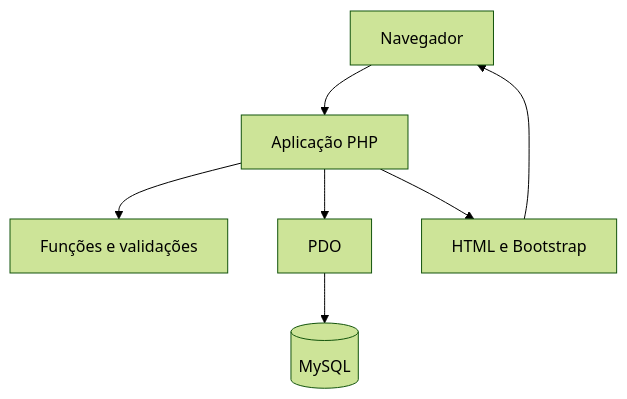
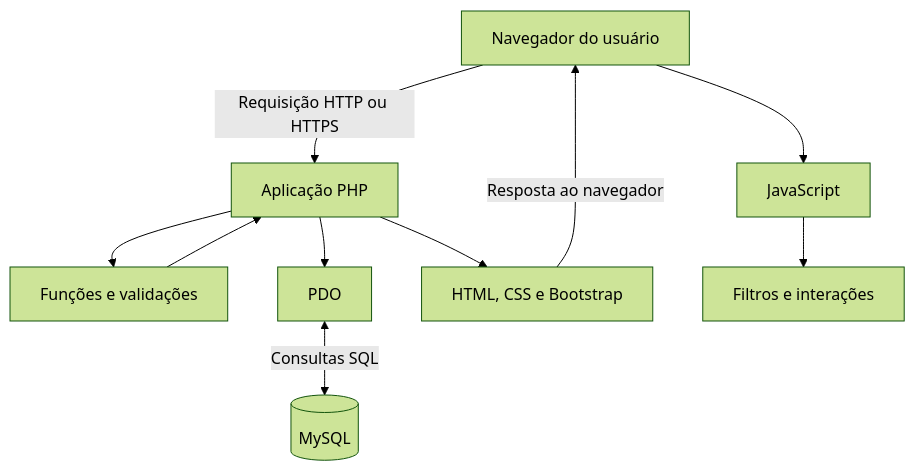
Before and after one commit to lh2703/trabalho-dev-web: the first of 3 diagrams in README.md, drawn with Mermaid (forest theme). The commit also changed other lines of this file, not shown here.

````diff
--- a/README.md
+++ b/README.md
@@ -78,9 +115,12 @@
 ```mermaid
 flowchart TD
-    A[Navegador] --> B[Aplicação PHP]
+    A[Navegador do usuário] -->|Requisição HTTP ou HTTPS| B[Aplicação PHP]
     B --> C[Funções e validações]
     B --> D[PDO]
-    D --> E[(MySQL)]
-    B --> F[HTML e Bootstrap]
-    F --> A
+    D <-->|Consultas SQL| E[(MySQL)]
+    C --> B
+    B --> F[HTML, CSS e Bootstrap]
+    F -->|Resposta ao navegador| A
+    A --> G[JavaScript]
+    G --> H[Filtros e interações]
 ```
````
